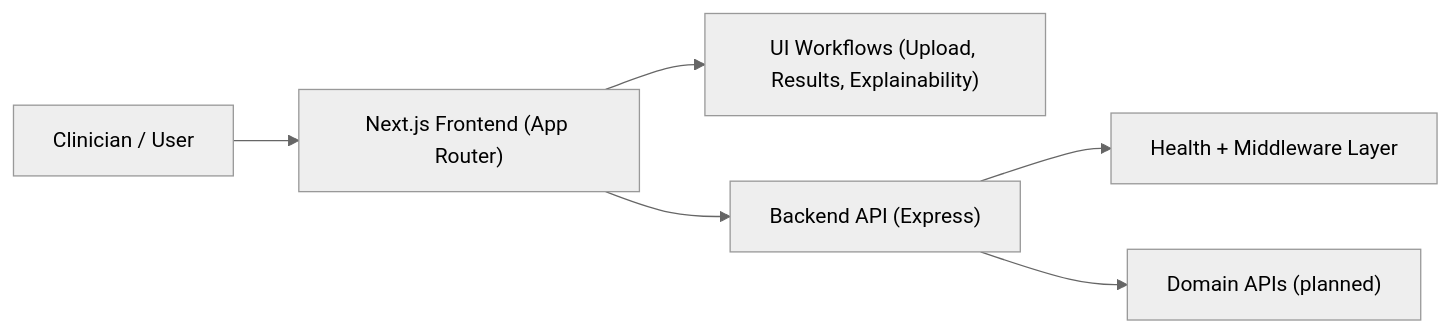
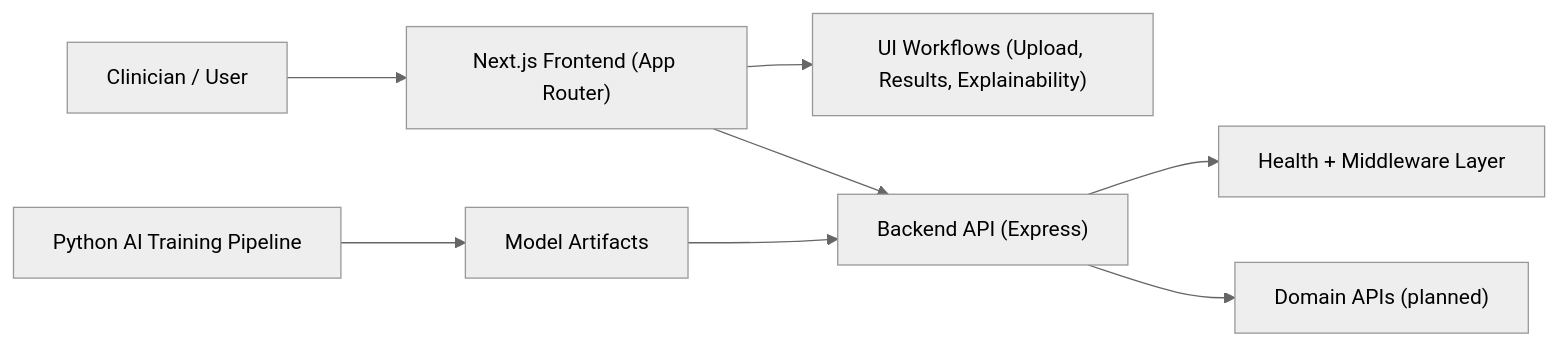
The diagram in README.md (richardwaters9049/LukaScope), drawn with Mermaid (neutral theme) before and after one commit. The commit also changed other lines of this file and 14 other files, not shown here.

````diff
--- a/README.md
+++ b/README.md
@@ -127,8 +151,10 @@
 ```mermaid
 flowchart LR
   A["Clinician / User"] --> B["Next.js Frontend (App Router)"]
   B --> C["UI Workflows (Upload, Results, Explainability)"]
   B --> D["Backend API (Express)"]
   D --> E["Health + Middleware Layer"]
   D --> F["Domain APIs (planned)"]
+  G["Python AI Training Pipeline"] --> H["Model Artifacts"]
+  H --> D
 ```
````
